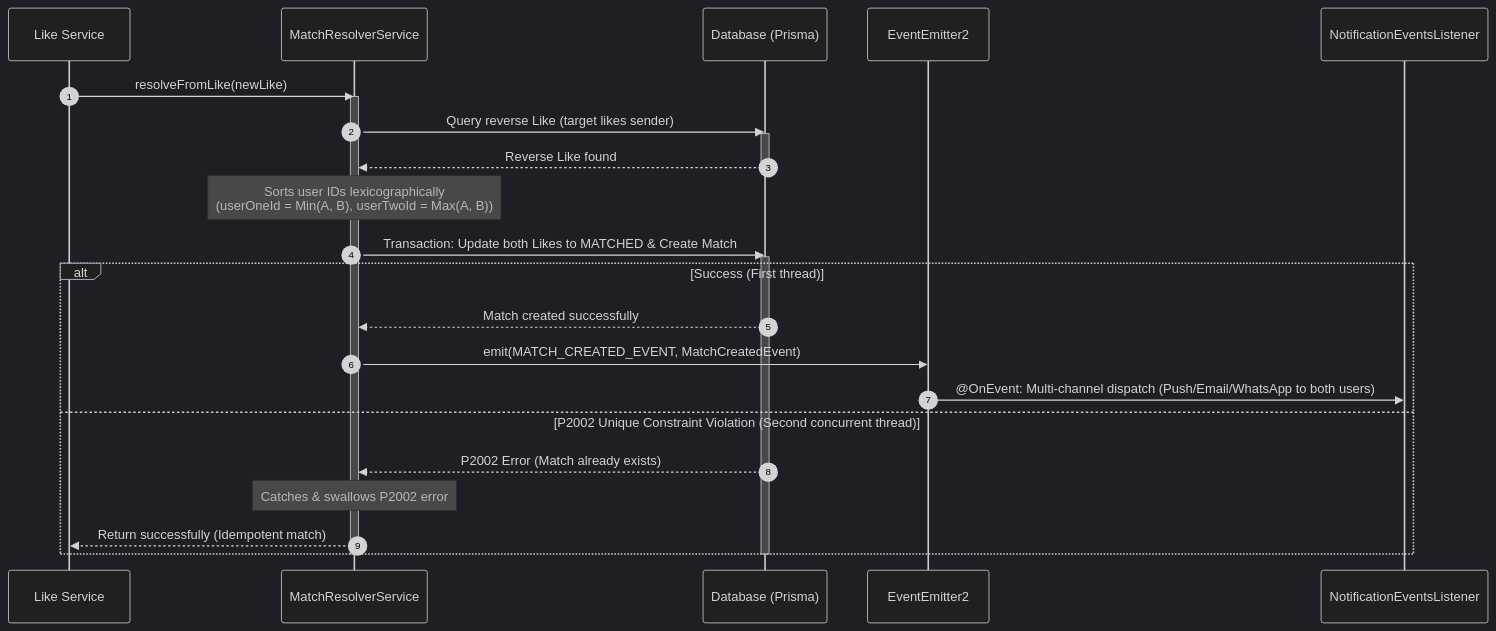
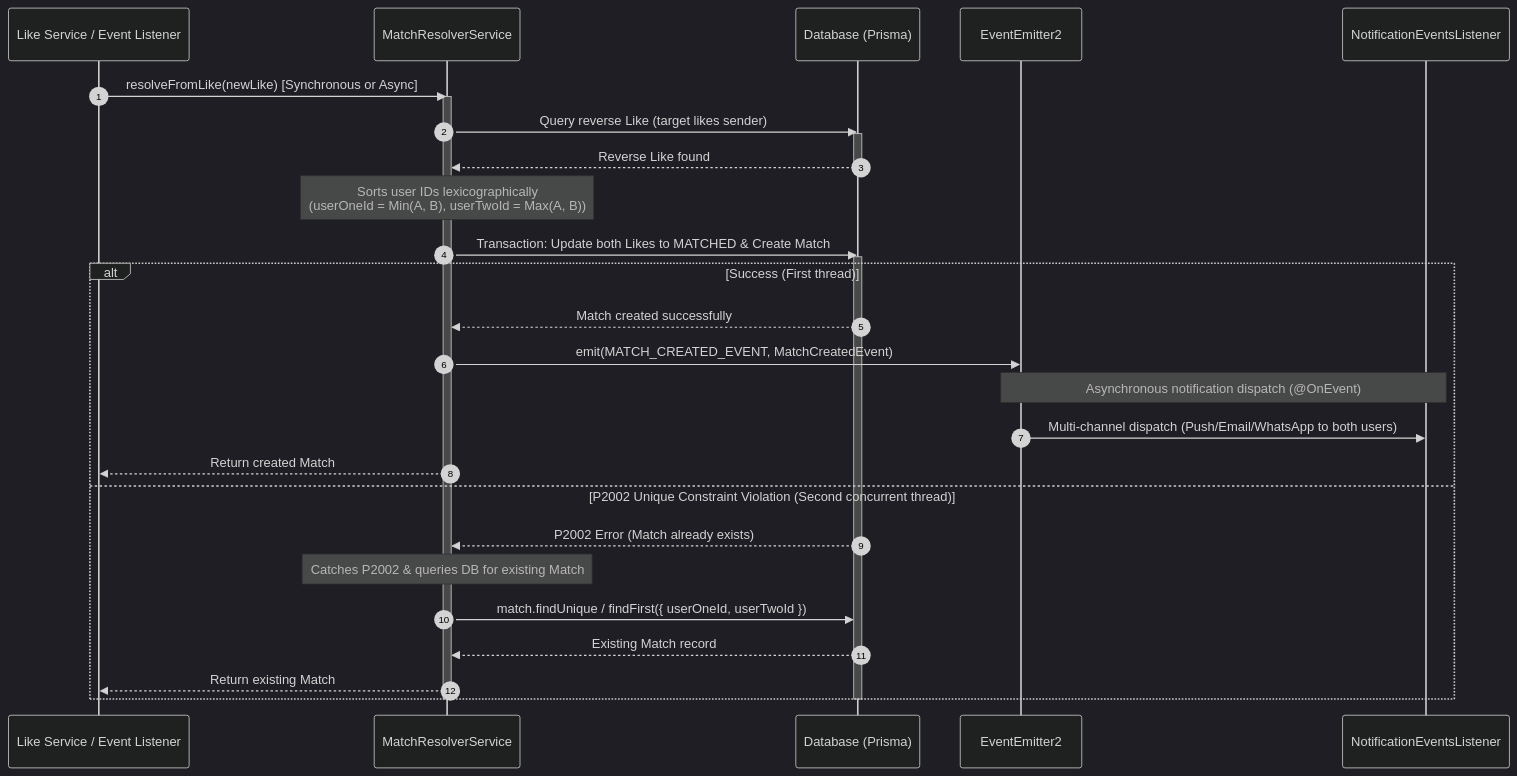
Before and after one commit to SaveSoulApp/Breathaway-Backend: the diagram in docs/docs/modules/match-resolver.md, drawn with Mermaid (dark theme). The commit also changed other lines of this file and 14 other files, not shown here.

First line of the commit message:
[Feature] Instant match from like (#126)

````diff
--- a/docs/docs/modules/match-resolver.md
+++ b/docs/docs/modules/match-resolver.md
@@ -48,32 +49,36 @@
 ```mermaid
 sequenceDiagram
     autonumber
-    participant App as Like Service
+    participant App as Like Service / Event Listener
     participant Resolver as MatchResolverService
     participant DB as Database (Prisma)
     participant Events as EventEmitter2
     participant Listener as NotificationEventsListener
 
-    App ->> Resolver: resolveFromLike(newLike)
+    App ->> Resolver: resolveFromLike(newLike) [Synchronous or Async]
     activate Resolver
     Resolver ->> DB: Query reverse Like (target likes sender)
     activate DB
     DB -->> Resolver: Reverse Like found
     deactivate DB
 
     Note over Resolver: Sorts user IDs lexicographically<br/>(userOneId = Min(A, B), userTwoId = Max(A, B))
 
     Resolver ->> DB: Transaction: Update both Likes to MATCHED & Create Match
     activate DB
     alt Success (First thread)
         DB -->> Resolver: Match created successfully
         Resolver ->> Events: emit(MATCH_CREATED_EVENT, MatchCreatedEvent)
-        Events ->> Listener: @OnEvent: Multi-channel dispatch (Push/Email/WhatsApp to both users)
+        Note over Events, Listener: Asynchronous notification dispatch (@OnEvent)
+        Events ->> Listener: Multi-channel dispatch (Push/Email/WhatsApp to both users)
+        Resolver -->> App: Return created Match
     else P2002 Unique Constraint Violation (Second concurrent thread)
         DB -->> Resolver: P2002 Error (Match already exists)
-        Note over Resolver: Catches & swallows P2002 error
-        Resolver -->> App: Return successfully (Idempotent match)
+        Note over Resolver: Catches P2002 & queries DB for existing Match
+        Resolver ->> DB: match.findUnique / findFirst({ userOneId, userTwoId })
+        DB -->> Resolver: Existing Match record
+        Resolver -->> App: Return existing Match
     end
     deactivate DB
     deactivate Resolver
 ```
````
